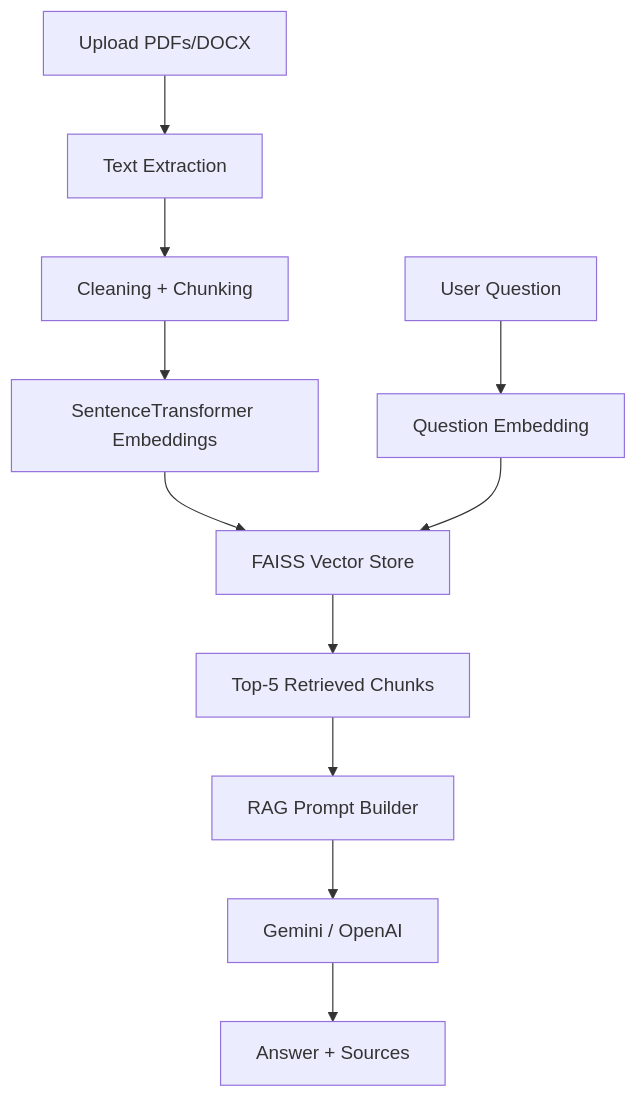
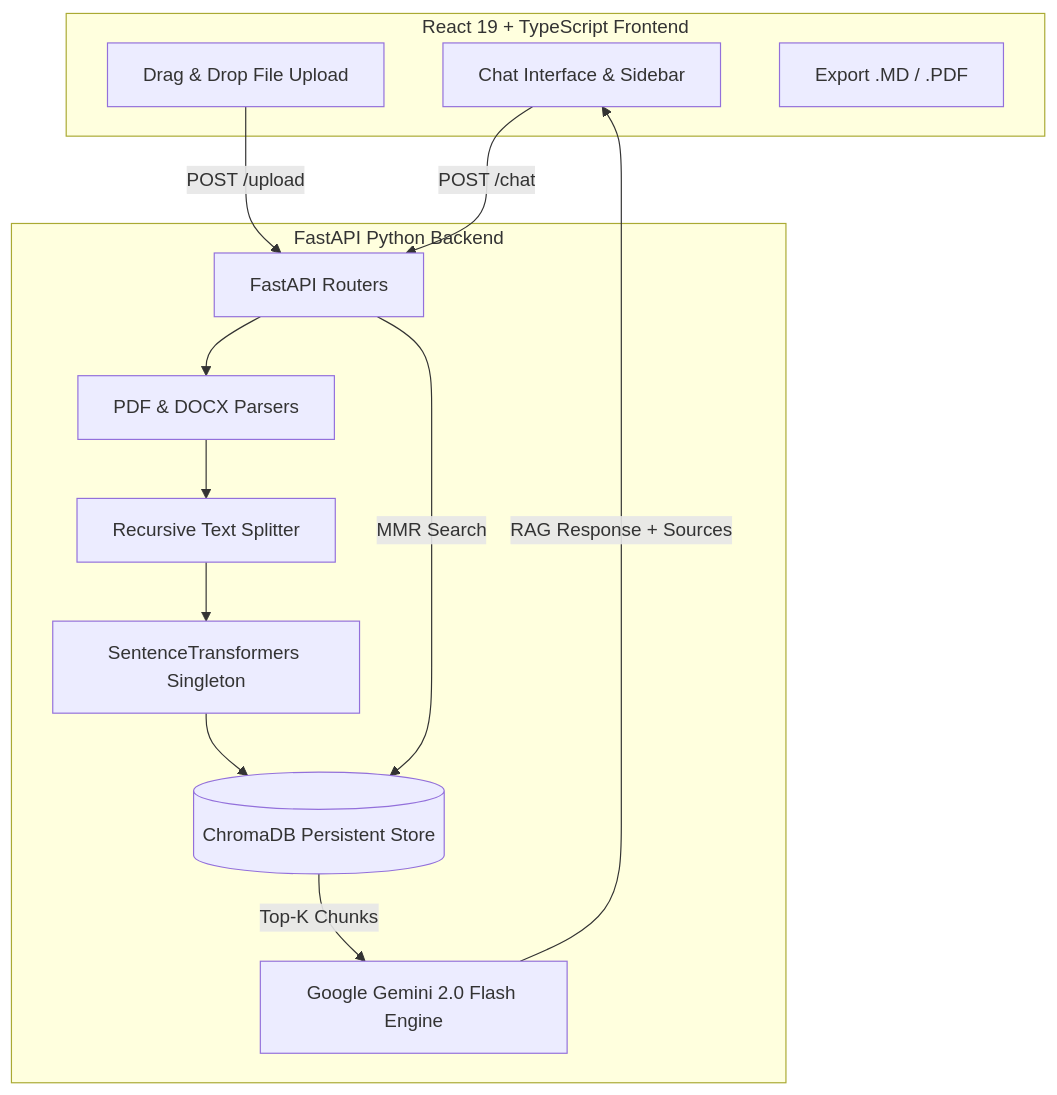
One commit to KAVIN-KNIGHT/AI-Assisted-RAG-Based-Document-Reader changed the diagram in README.md. Above: the diagram before and after it, drawn with Mermaid. The commit also changed other lines of this file and 44 other files, not shown here.

````diff
--- a/README.md
+++ b/README.md
@@ -25,13 +30,24 @@
 ```mermaid
 flowchart TD
-    A[Upload PDFs/DOCX] --> B[Text Extraction]
-    B --> C[Cleaning + Chunking]
-    C --> D[SentenceTransformer Embeddings]
-    D --> E[FAISS Vector Store]
-    F[User Question] --> G[Question Embedding]
-    G --> E
-    E --> H[Top-5 Retrieved Chunks]
-    H --> I[RAG Prompt Builder]
-    I --> J[Gemini / OpenAI]
-    J --> K[Answer + Sources]
+    subgraph Frontend["React 19 + TypeScript Frontend"]
+        UI[Chat Interface & Sidebar]
+        Dropzone[Drag & Drop File Upload]
+        Exporter[Export .MD / .PDF]
+    end
+
+    subgraph Backend["FastAPI Python Backend"]
+        API[FastAPI Routers]
+        Parser[PDF & DOCX Parsers]
+        Chunker[Recursive Text Splitter]
+        Embedder[SentenceTransformers Singleton]
+        Chroma[(ChromaDB Persistent Store)]
+        LLM[Google Gemini 2.0 Flash Engine]
+    end
+
+    Dropzone -->|POST /upload| API
+    API --> Parser --> Chunker --> Embedder --> Chroma
+    UI -->|POST /chat| API
+    API -->|MMR Search| Chroma
+    Chroma -->|Top-K Chunks| LLM
+    LLM -->|RAG Response + Sources| UI
 ```
````
